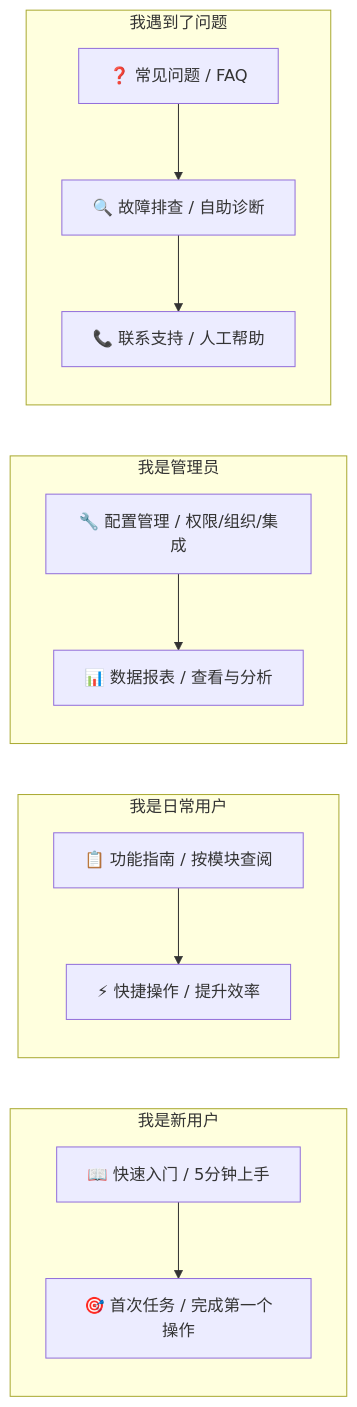
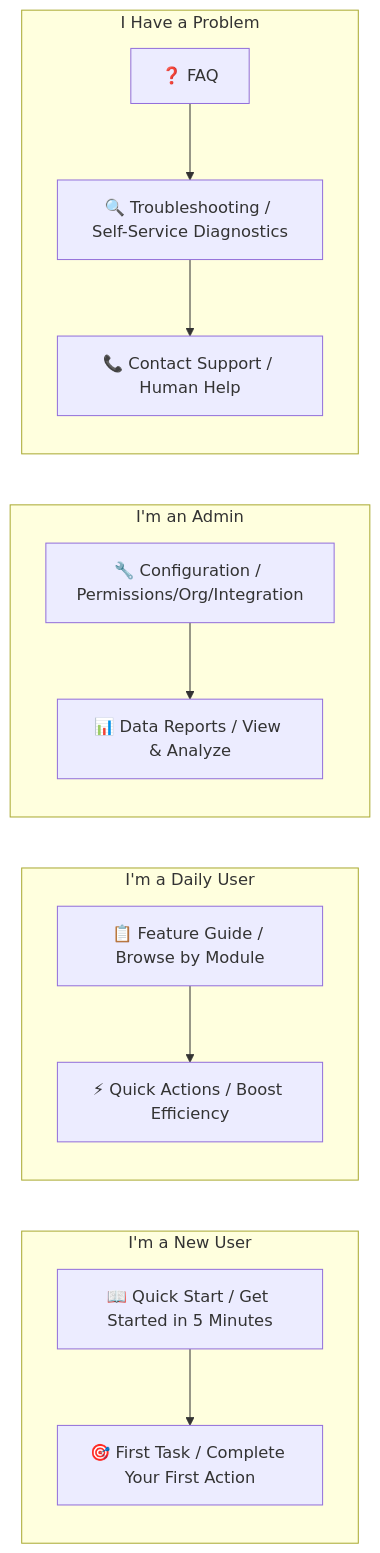
Before and after one commit to Kirky-X/cangjie: the first of 7 diagrams in templates/产品/运营层/【模板】用户手册.md, drawn with Mermaid. The commit also changed other lines of this file and 46 other files, not shown here.

````diff
--- a/templates/产品/运营层/【模板】用户手册.md
+++ b/templates/产品/运营层/【模板】用户手册.md
@@ -52,28 +52,28 @@
 ```mermaid
 flowchart LR
-    subgraph 我是新用户
-        A1[📖 快速入门 / 5分钟上手]
-        A2[🎯 首次任务 / 完成第一个操作]
+    subgraph I'm a New User
+        A1[📖 Quick Start / Get Started in 5 Minutes]
+        A2[🎯 First Task / Complete Your First Action]
     end
 
-    subgraph 我是日常用户
-        B1[📋 功能指南 / 按模块查阅]
-        B2[⚡ 快捷操作 / 提升效率]
+    subgraph I'm a Daily User
+        B1[📋 Feature Guide / Browse by Module]
+        B2[⚡ Quick Actions / Boost Efficiency]
     end
 
-    subgraph 我是管理员
-        C1[🔧 配置管理 / 权限/组织/集成]
-        C2[📊 数据报表 / 查看与分析]
+    subgraph I'm an Admin
+        C1[🔧 Configuration / Permissions/Org/Integration]
+        C2[📊 Data Reports / View & Analyze]
     end
 
-    subgraph 我遇到了问题
-        D1[❓ 常见问题 / FAQ]
-        D2[🔍 故障排查 / 自助诊断]
-        D3[📞 联系支持 / 人工帮助]
+    subgraph I Have a Problem
+        D1[❓ FAQ]
+        D2[🔍 Troubleshooting / Self-Service Diagnostics]
+        D3[📞 Contact Support / Human Help]
     end
 
     A1 --> A2
     B1 --> B2
     C1 --> C2
     D1 --> D2 --> D3
 ```
````
